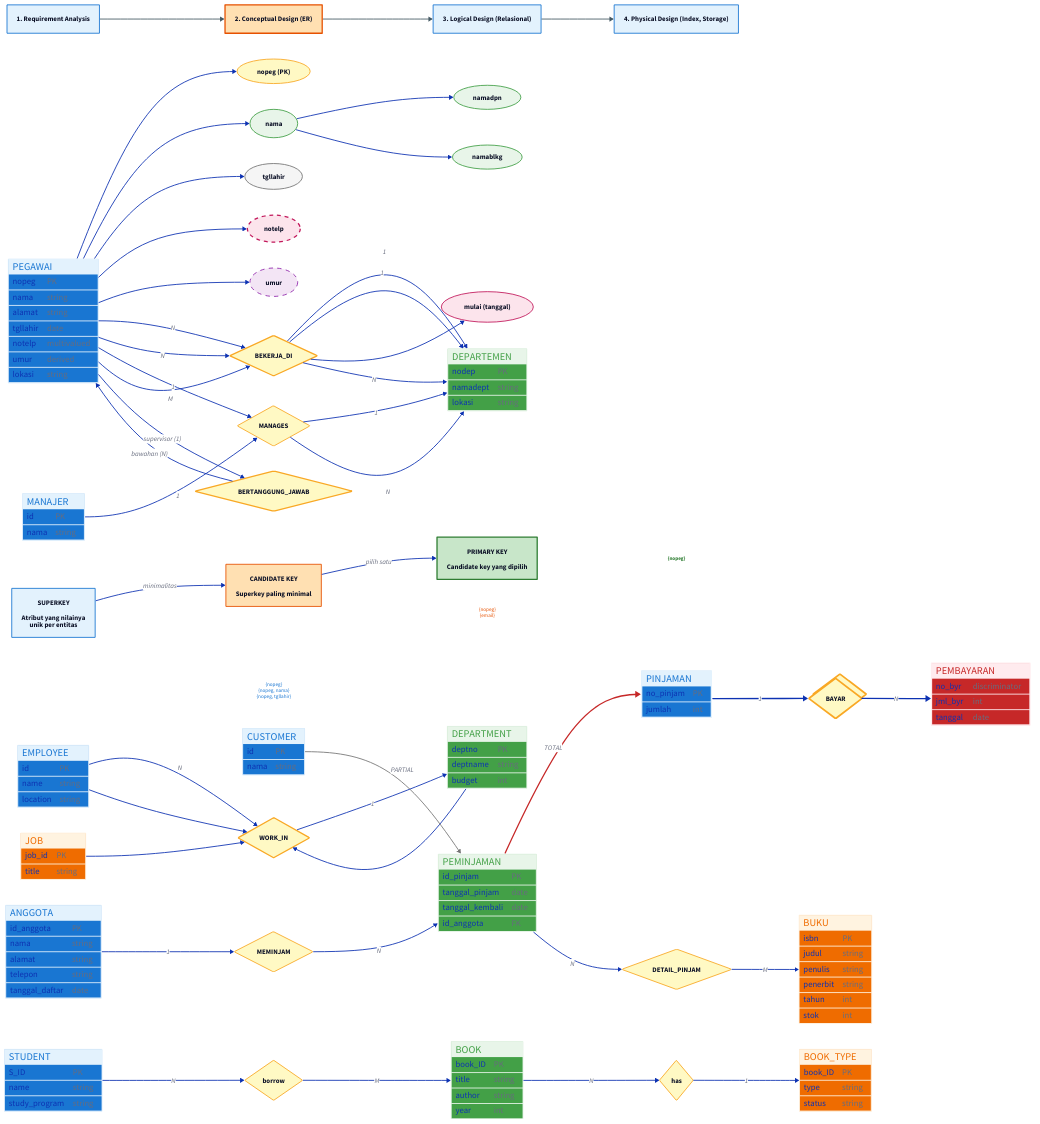
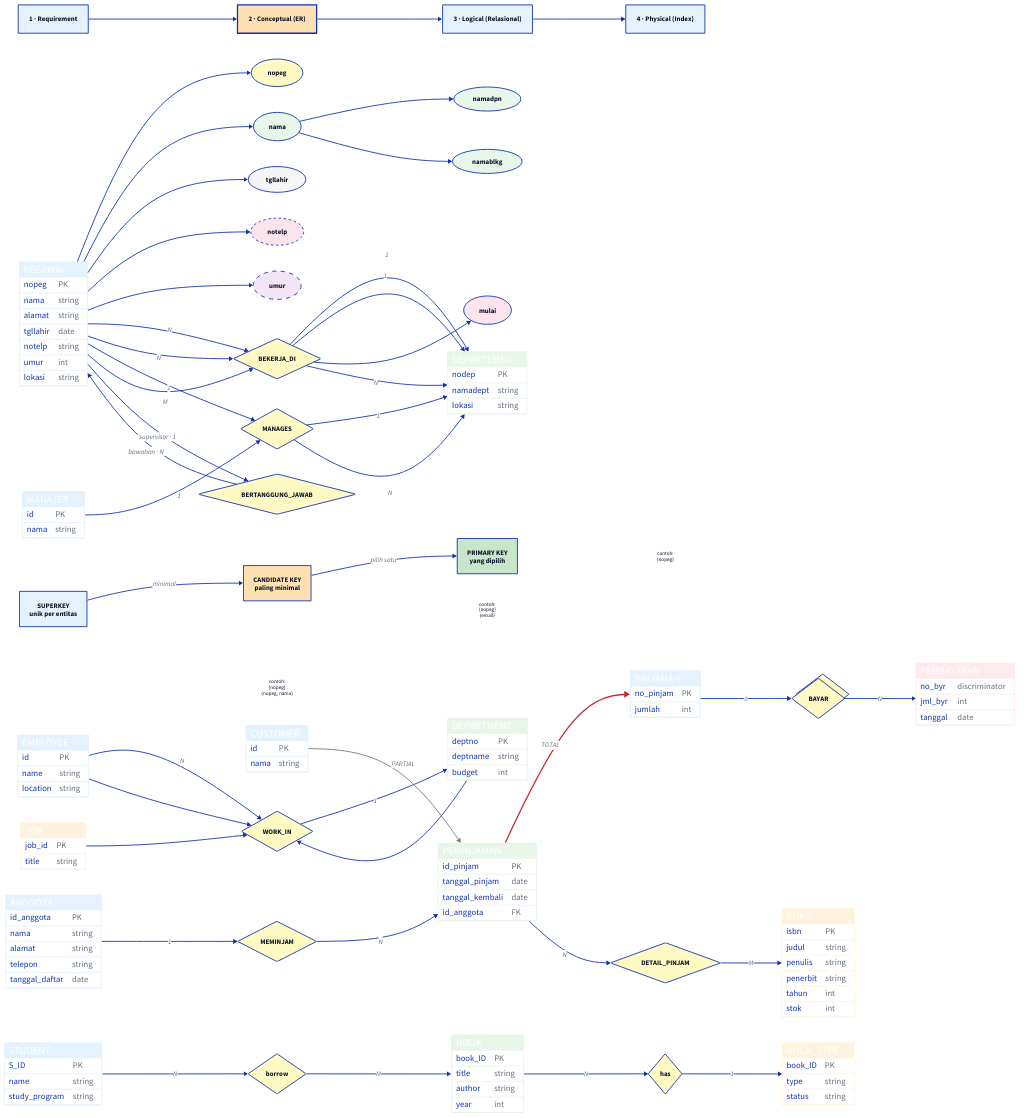
The diagram in d2-src/rpl106/pertemuan-2.d2 (mroczect/lectures), drawn with D2 before and after one commit. The commit also changed 1 other file, not shown here.

Commit message:
refactor(d2-src): cleaner palette, consistent naming, minimal styling
- Reduce to 5 semantic colors across all diagrams:
  entity=biru · weak=merah · relasi=kuning · subclass=hijau · note=abu
- Drop per-node stroke/stroke-width noise, keep only style.fill
- Consistent language: P2 in Indonesian, P3 in English (per module)
- Layout direction: right for binary, down for hierarchy
- Add titles where diagram is non-obvious
- Remove verbose labels and unneeded style blocks

```diff
--- a/d2-src/rpl106/pertemuan-2.d2
+++ b/d2-src/rpl106/pertemuan-2.d2
@@ -1,328 +1,364 @@
-# ═════════════════════════════════════════════════════════════
-#  RPL106 — Pertemuan 2 · ER Diagram
-#  Semua marker `# ===== name =====` → static/d2/rpl106/pertemuan-2/<name>.svg
-# ═════════════════════════════════════════════════════════════
+direction: right
 
+req: "1 · Requirement" {shape: rectangle; style.fill: "#E3F2FD"}
+erd: "2 · Conceptual (ER)" {shape: rectangle; style.fill: "#FFE0B2"; style.stroke-width: 3; style.bold: true}
+logical: "3 · Logical (Relasional)" {shape: rectangle; style.fill: "#E3F2FD"}
+physical: "4 · Physical (Index)" {shape: rectangle; style.fill: "#E3F2FD"}
 
-# ===== erd-siklus =====
-direction: right
-req: "1. Requirement Analysis" {shape: rectangle; style: {fill: "#E3F2FD"; stroke: "#1976D2"; stroke-width: 2}}
-erd: "2. Conceptual Design (ER)" {shape: rectangle; style: {fill: "#FFE0B2"; stroke: "#E65100"; stroke-width: 3; bold: true}}
-logical: "3. Logical Design (Relasional)" {shape: rectangle; style: {fill: "#E3F2FD"; stroke: "#1976D2"; stroke-width: 2}}
-physical: "4. Physical Design (Index, Storage)" {shape: rectangle; style: {fill: "#E3F2FD"; stroke: "#1976D2"; stroke-width: 2}}
-req -> erd -> logical -> physical: {style.stroke: "#455A64"; style.stroke-width: 2}
+req -> erd -> logical -> physical
 
+direction: down
 
-# ===== erd-pegawai-basic =====
-direction: down
 pegawai: PEGAWAI {
   shape: sql_table
-  style: {fill: "#E3F2FD"; stroke: "#1976D2"; stroke-width: 2}
+  style.fill: "#E3F2FD"
   nopeg: "PK"
-  nama: "string"
-  alamat: "string"
+  nama: string
+  alamat: string
 }
 
+direction: right
 
-# ===== erd-pegawai-composite =====
-direction: right
-pegawai: PEGAWAI {shape: rectangle; style: {fill: "#E3F2FD"; stroke: "#1976D2"; stroke-width: 3; bold: true}}
-nopeg: "nopeg (PK)" {shape: oval; style: {fill: "#FFF9C4"; stroke: "#F9A825"; stroke-width: 2}}
-nama: nama {shape: oval; style: {fill: "#E8F5E9"; stroke: "#43A047"; stroke-width: 2}}
-namadpn: namadpn {shape: oval; style: {fill: "#E8F5E9"; stroke: "#43A047"}}
-namablkg: namablkg {shape: oval; style: {fill: "#E8F5E9"; stroke: "#43A047"}}
-tgllahir: tgllahir {shape: oval; style: {fill: "#F5F5F5"; stroke: "#757575"}}
-notelp: notelp {shape: oval; style: {fill: "#FCE4EC"; stroke: "#C2185B"; stroke-width: 3; stroke-dash: 3}}
-umur: umur {shape: oval; style: {fill: "#F3E5F5"; stroke: "#8E24AA"; stroke-width: 2; stroke-dash: 5}}
+pegawai: PEGAWAI {
+  shape: rectangle
+  style.fill: "#E3F2FD"
+  style.bold: true
+}
+
+nopeg: "nopeg" {shape: oval; style.fill: "#FFF9C4"; style.bold: true}
+nama: "nama" {shape: oval; style.fill: "#E8F5E9"}
+namadpn: "namadpn" {shape: oval; style.fill: "#E8F5E9"}
+namablkg: "namablkg" {shape: oval; style.fill: "#E8F5E9"}
+tgllahir: "tgllahir" {shape: oval; style.fill: "#F5F5F5"}
+notelp: "notelp" {shape: oval; style.fill: "#FCE4EC"; style.stroke-dash: 3}
+umur: "umur" {shape: oval; style.fill: "#F3E5F5"; style.stroke-dash: 5}
+
 pegawai -> nopeg
-pegawai -> nama
-nama -> namadpn
+pegawai -> nama -> namadpn
 nama -> namablkg
 pegawai -> tgllahir
 pegawai -> notelp
 pegawai -> umur
 
+direction: right
 
-# ===== erd-pegawai-dept =====
-direction: right
 pegawai: PEGAWAI {
   shape: sql_table
-  style: {fill: "#E3F2FD"; stroke: "#1976D2"; stroke-width: 2}
+  style.fill: "#E3F2FD"
   nopeg: "PK"
-  nama: "composite"
-  tgllahir: "date"
-  notelp: "multivalued"
-  umur: "derived"
+  nama: string
+  tgllahir: date
+  notelp: string
+  umur: int
 }
-bekerja_di: BEKERJA_DI {shape: diamond; style: {fill: "#FFF9C4"; stroke: "#F9A825"; stroke-width: 3}}
+
+bekerja_di: BEKERJA_DI {shape: diamond; style.fill: "#FFF9C4"}
+
 departemen: DEPARTEMEN {
   shape: sql_table
-  style: {fill: "#E8F5E9"; stroke: "#43A047"; stroke-width: 2}
+  style.fill: "#E8F5E9"
   nodep: "PK"
-  namadept: "string"
-  lokasi: "string"
+  namadept: string
+  lokasi: string
 }
-pegawai -> bekerja_di: "N"
+
+pegawai -> bekerja_di: N
 bekerja_di -> departemen: "1"
 
+direction: right
 
-# ===== erd-bekerja-di =====
-direction: right
 pegawai: PEGAWAI {
   shape: sql_table
-  style: {fill: "#E3F2FD"; stroke: "#1976D2"; stroke-width: 2}
+  style.fill: "#E3F2FD"
   nopeg: "PK"
-  nama: "string"
+  nama: string
 }
-bekerja_di: BEKERJA_DI {shape: diamond; style: {fill: "#FFF9C4"; stroke: "#F9A825"; stroke-width: 3}}
-mulai: "mulai (tanggal)" {shape: oval; style: {fill: "#FCE4EC"; stroke: "#C2185B"; stroke-width: 2}}
+
+bekerja_di: BEKERJA_DI {shape: diamond; style.fill: "#FFF9C4"}
+
+mulai: "mulai" {shape: oval; style.fill: "#FCE4EC"}
+
 departemen: DEPARTEMEN {
   shape: sql_table
-  style: {fill: "#E8F5E9"; stroke: "#43A047"; stroke-width: 2}
+  style.fill: "#E8F5E9"
   nodep: "PK"
-  namadept: "string"
+  namadept: string
 }
-pegawai -> bekerja_di: "N"
+
+pegawai -> bekerja_di: N
 bekerja_di -> departemen: "1"
 bekerja_di -> mulai
 
+direction: right
 
-# ===== erd-keys-flow =====
-direction: right
-superkey: "SUPERKEY\n\nAtribut yang nilainya\nunik per entitas" {shape: rectangle; style: {fill: "#E3F2FD"; stroke: "#1976D2"; stroke-width: 2}}
-candidate: "CANDIDATE KEY\n\nSuperkey paling minimal" {shape: rectangle; style: {fill: "#FFE0B2"; stroke: "#E65100"; stroke-width: 2}}
-pk: "PRIMARY KEY\n\nCandidate key yang dipilih" {shape: rectangle; style: {fill: "#C8E6C9"; stroke: "#2E7D32"; stroke-width: 3; bold: true}}
-superkey -> candidate: "minimalitas"
-candidate -> pk: "pilih satu"
-ex1: "{nopeg}\n{nopeg, nama}\n{nopeg, tgllahir}" {shape: text; style: {font-size: 12; font-color: "#1976D2"}}
-ex2: "{nopeg}\n{email}" {shape: text; style: {font-size: 12; font-color: "#E65100"}}
-ex3: "{nopeg}" {shape: text; style: {font-size: 12; font-color: "#2E7D32"; bold: true}}
+superkey: "SUPERKEY\nunik per entitas" {shape: rectangle; style.fill: "#E3F2FD"}
+candidate: "CANDIDATE KEY\npaling minimal" {shape: rectangle; style.fill: "#FFE0B2"}
+pk: "PRIMARY KEY\nyang dipilih" {shape: rectangle; style.fill: "#C8E6C9"; style.bold: true}
+
+superkey -> candidate: minimal
+candidate -> pk: pilih satu
+
+ex1: "contoh:\n{nopeg}\n{nopeg, nama}" {shape: text; style.font-size: 12}
+ex2: "contoh:\n{nopeg}\n{email}" {shape: text; style.font-size: 12}
+ex3: "contoh:\n{nopeg}" {shape: text; style.font-size: 12}
+
 superkey -> ex1: {style.stroke: transparent}
 candidate -> ex2: {style.stroke: transparent}
 pk -> ex3: {style.stroke: transparent}
 
+direction: right
 
-# ===== erd-binary =====
-direction: right
 employee: EMPLOYEE {
   shape: sql_table
-  style: {fill: "#E3F2FD"; stroke: "#1976D2"; stroke-width: 2}
+  style.fill: "#E3F2FD"
   id: "PK"
-  name: "string"
-  location: "string"
+  name: string
+  location: string
 }
-work_in: WORK_IN {shape: diamond; style: {fill: "#FFF9C4"; stroke: "#F9A825"; stroke-width: 2}}
+
+work_in: WORK_IN {shape: diamond; style.fill: "#FFF9C4"}
+
 department: DEPARTMENT {
   shape: sql_table
-  style: {fill: "#E8F5E9"; stroke: "#43A047"; stroke-width: 2}
+  style.fill: "#E8F5E9"
   deptno: "PK"
-  deptname: "string"
-  budget: "int"
+  deptname: string
+  budget: int
 }
-employee -> work_in: "N"
+
+employee -> work_in: N
 work_in -> department: "1"
 
+direction: down
 
-# ===== erd-ternary =====
-direction: down
 employee: EMPLOYEE {
   shape: sql_table
-  style: {fill: "#E3F2FD"; stroke: "#1976D2"; stroke-width: 2}
+  style.fill: "#E3F2FD"
   id: "PK"
-  name: "string"
+  name: string
 }
+
 department: DEPARTMENT {
   shape: sql_table
-  style: {fill: "#E8F5E9"; stroke: "#43A047"; stroke-width: 2}
+  style.fill: "#E8F5E9"
   deptno: "PK"
-  deptname: "string"
+  deptname: string
 }
+
 job: JOB {
   shape: sql_table
-  style: {fill: "#FFF3E0"; stroke: "#EF6C00"; stroke-width: 2}
+  style.fill: "#FFF3E0"
   job_id: "PK"
-  title: "string"
+  title: string
 }
-work_in: WORK_IN {shape: diamond; style: {fill: "#FFF9C4"; stroke: "#F9A825"; stroke-width: 3}}
+
+work_in: WORK_IN {shape: diamond; style.fill: "#FFF9C4"}
+
 employee -> work_in
 department -> work_in
 job -> work_in
 
+direction: right
 
-# ===== erd-cardinality-1-1 =====
-direction: right
 pegawai: PEGAWAI {
   shape: sql_table
-  style: {fill: "#E3F2FD"; stroke: "#1976D2"; stroke-width: 2}
+  style.fill: "#E3F2FD"
   nopeg: "PK"
-  nama: "string"
+  nama: string
 }
-manages: MANAGES {shape: diamond; style: {fill: "#FFF9C4"; stroke: "#F9A825"; stroke-width: 2}}
+
+manages: MANAGES {shape: diamond; style.fill: "#FFF9C4"}
+
 departemen: DEPARTEMEN {
   shape: sql_table
-  style: {fill: "#E8F5E9"; stroke: "#43A047"; stroke-width: 2}
+  style.fill: "#E8F5E9"
   nodep: "PK"
-  namadept: "string"
+  namadept: string
 }
+
 pegawai -> manages: "1"
 manages -> departemen: "1"
 
+direction: right
 
-# ===== erd-cardinality-1-n =====
-direction: right
 manajer: MANAJER {
   shape: sql_table
-  style: {fill: "#E3F2FD"; stroke: "#1976D2"; stroke-width: 2}
+  style.fill: "#E3F2FD"
   id: "PK"
-  nama: "string"
+  nama: string
 }
-manages: MANAGES {shape: diamond; style: {fill: "#FFF9C4"; stroke: "#F9A825"; stroke-width: 2}}
+
+manages: MANAGES {shape: diamond; style.fill: "#FFF9C4"}
+
 departemen: DEPARTEMEN {
   shape: sql_table
-  style: {fill: "#E8F5E9"; stroke: "#43A047"; stroke-width: 2}
+  style.fill: "#E8F5E9"
   nodep: "PK"
-  namadept: "string"
+  namadept: string
 }
+
 manajer -> manages: "1"
-manages -> departemen: "N"
+manages -> departemen: N
 
+direction: right
 
-# ===== erd-cardinality-m-n =====
-direction: right
 pegawai: PEGAWAI {
   shape: sql_table
-  style: {fill: "#E3F2FD"; stroke: "#1976D2"; stroke-width: 2}
+  style.fill: "#E3F2FD"
   nopeg: "PK"
-  nama: "string"
+  nama: string
 }
-bekerja_di: BEKERJA_DI {shape: diamond; style: {fill: "#FFF9C4"; stroke: "#F9A825"; stroke-width: 3}}
+
+bekerja_di: BEKERJA_DI {shape: diamond; style.fill: "#FFF9C4"}
+
 departemen: DEPARTEMEN {
   shape: sql_table
-  style: {fill: "#E8F5E9"; stroke: "#43A047"; stroke-width: 2}
+  style.fill: "#E8F5E9"
   nodep: "PK"
-  namadept: "string"
+  namadept: string
 }
-pegawai -> bekerja_di: "M"
-bekerja_di -> departemen: "N"
 
+pegawai -> bekerja_di: M
+bekerja_di -> departemen: N
 
-# ===== erd-participation =====
 direction: right
+
 customer: CUSTOMER {
   shape: sql_table
-  style: {fill: "#E3F2FD"; stroke: "#1976D2"; stroke-width: 2}
+  style.fill: "#E3F2FD"
   id: "PK"
-  nama: "string"
+  nama: string
 }
-peminjaman: PEMINJAMAN {shape: diamond; style: {fill: "#FFF9C4"; stroke: "#F9A825"; stroke-width: 2}}
+
+peminjaman: PEMINJAMAN {shape: diamond; style.fill: "#FFF9C4"}
+
 pinjaman: PINJAMAN {
   shape: sql_table
-  style: {fill: "#FFEBEE"; stroke: "#C62828"; stroke-width: 3}
+  style.fill: "#FFEBEE"
   no_pinjam: "PK"
-  jumlah: "int"
+  jumlah: int
 }
+
 customer -> peminjaman: "PARTIAL" {style.stroke: "#757575"}
 peminjaman -> pinjaman: "TOTAL" {style.stroke: "#C62828"; style.stroke-width: 3}
 
+direction: right
 
-# ===== erd-weak-pembayaran =====
-direction: right
 pinjaman: PINJAMAN {
   shape: sql_table
-  style: {fill: "#E3F2FD"; stroke: "#1976D2"; stroke-width: 3; bold: true}
+  style.fill: "#E3F2FD"
+  style.stroke-width: 3
+  style.bold: true
   no_pinjam: "PK"
-  jumlah: "int"
+  jumlah: int
 }
-bayar: BAYAR {shape: diamond; style: {fill: "#FFF9C4"; stroke: "#F9A825"; stroke-width: 4; multiple: true}}
+
+bayar: BAYAR {
+  shape: diamond
+  style.fill: "#FFF9C4"
+  style.multiple: true
+}
+
 pembayaran: PEMBAYARAN {
   shape: sql_table
-  style: {fill: "#FFEBEE"; stroke: "#C62828"; stroke-width: 3; multiple: true}
+  style.fill: "#FFEBEE"
+  style.multiple: true
   no_byr: "discriminator"
-  jml_byr: "int"
-  tanggal: "date"
+  jml_byr: int
+  tanggal: date
 }
-pinjaman -> bayar: "1" {style.stroke-width: 3}
-bayar -> pembayaran: "N" {style.stroke-width: 3}
 
+pinjaman -> bayar: "1"
+bayar -> pembayaran: N
 
-# ===== erd-book-multirel =====
 direction: down
+
 student: STUDENT {
   shape: sql_table
-  style: {fill: "#E3F2FD"; stroke: "#1976D2"; stroke-width: 2}
+  style.fill: "#E3F2FD"
   S_ID: "PK"
-  name: "string"
-  study_program: "string"
+  name: string
+  study_program: string
 }
-borrow: borrow {shape: diamond; style: {fill: "#FFF9C4"; stroke: "#F9A825"; stroke-width: 2}}
+
+borrow: borrow {shape: diamond; style.fill: "#FFF9C4"}
+
 book: BOOK {
   shape: sql_table
-  style: {fill: "#E8F5E9"; stroke: "#43A047"; stroke-width: 2}
+  style.fill: "#E8F5E9"
   book_ID: "PK"
-  title: "string"
-  author: "string"
-  year: "int"
+  title: string
+  author: string
+  year: int
 }
-has: has {shape: diamond; style: {fill: "#FFF9C4"; stroke: "#F9A825"; stroke-width: 2}}
+
+has: has {shape: diamond; style.fill: "#FFF9C4"}
+
 book_type: BOOK_TYPE {
   shape: sql_table
-  style: {fill: "#FFF3E0"; stroke: "#EF6C00"; stroke-width: 2}
+  style.fill: "#FFF3E0"
   book_ID: "PK"
-  type: "string"
-  status: "string"
+  type: string
+  status: string
 }
-student -> borrow: "N"
-borrow -> book: "M"
-book -> has: "N"
+
+student -> borrow: N
+borrow -> book: M
+book -> has: N
 has -> book_type: "1"
 
+direction: down
 
-# ===== erd-pegawai-recursive =====
-direction: down
 pegawai: PEGAWAI {
   shape: sql_table
-  style: {fill: "#E3F2FD"; stroke: "#1976D2"; stroke-width: 2}
+  style.fill: "#E3F2FD"
   nopeg: "PK"
-  nama: "string"
-  lokasi: "string"
+  nama: string
+  lokasi: string
 }
-supervisor: BERTANGGUNG_JAWAB {shape: diamond; style: {fill: "#FFF9C4"; stroke: "#F9A825"; stroke-width: 3}}
-pegawai -> supervisor: "supervisor (1)"
-supervisor -> pegawai: "bawahan (N)"
 
+supervisor: BERTANGGUNG_JAWAB {shape: diamond; style.fill: "#FFF9C4"}
 
-# ===== erd-perpustakaan =====
+pegawai -> supervisor: "supervisor · 1"
+supervisor -> pegawai: "bawahan · N"
+
 direction: right
+
 anggota: ANGGOTA {
   shape: sql_table
-  style: {fill: "#E3F2FD"; stroke: "#1976D2"; stroke-width: 2}
+  style.fill: "#E3F2FD"
   id_anggota: "PK"
-  nama: "string"
-  alamat: "string"
-  telepon: "string"
-  tanggal_daftar: "date"
+  nama: string
+  alamat: string
+  telepon: string
+  tanggal_daftar: date
 }
-meminjam: MEMINJAM {shape: diamond; style: {fill: "#FFF9C4"; stroke: "#F9A825"; stroke-width: 2}}
+
+meminjam: MEMINJAM {shape: diamond; style.fill: "#FFF9C4"}
+
 peminjaman: PEMINJAMAN {
   shape: sql_table
-  style: {fill: "#E8F5E9"; stroke: "#43A047"; stroke-width: 2}
+  style.fill: "#E8F5E9"
   id_pinjam: "PK"
-  tanggal_pinjam: "date"
-  tanggal_kembali: "date"
+  tanggal_pinjam: date
+  tanggal_kembali: date
   id_anggota: "FK"
 }
-detail: DETAIL_PINJAM {shape: diamond; style: {fill: "#FFF9C4"; stroke: "#F9A825"; stroke-width: 2}}
+
+detail: DETAIL_PINJAM {shape: diamond; style.fill: "#FFF9C4"}
+
 buku: BUKU {
   shape: sql_table
-  style: {fill: "#FFF3E0"; stroke: "#EF6C00"; stroke-width: 2}
+  style.fill: "#FFF3E0"
   isbn: "PK"
-  judul: "string"
-  penulis: "string"
-  penerbit: "string"
-  tahun: "int"
-  stok: "int"
+  judul: string
+  penulis: string
+  penerbit: string
+  tahun: int
+  stok: int
 }
+
 anggota -> meminjam: "1"
-meminjam -> peminjaman: "N"
-peminjaman -> detail: "N"
-detail -> buku: "M"
+meminjam -> peminjaman: N
+peminjaman -> detail: N
+detail -> buku: M
```
